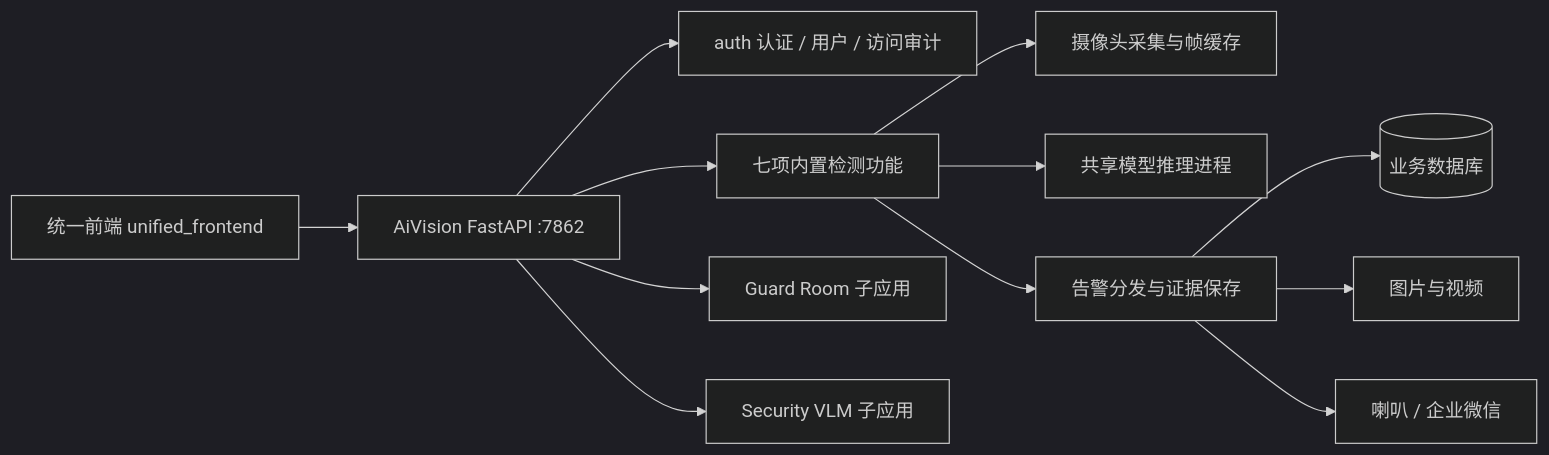
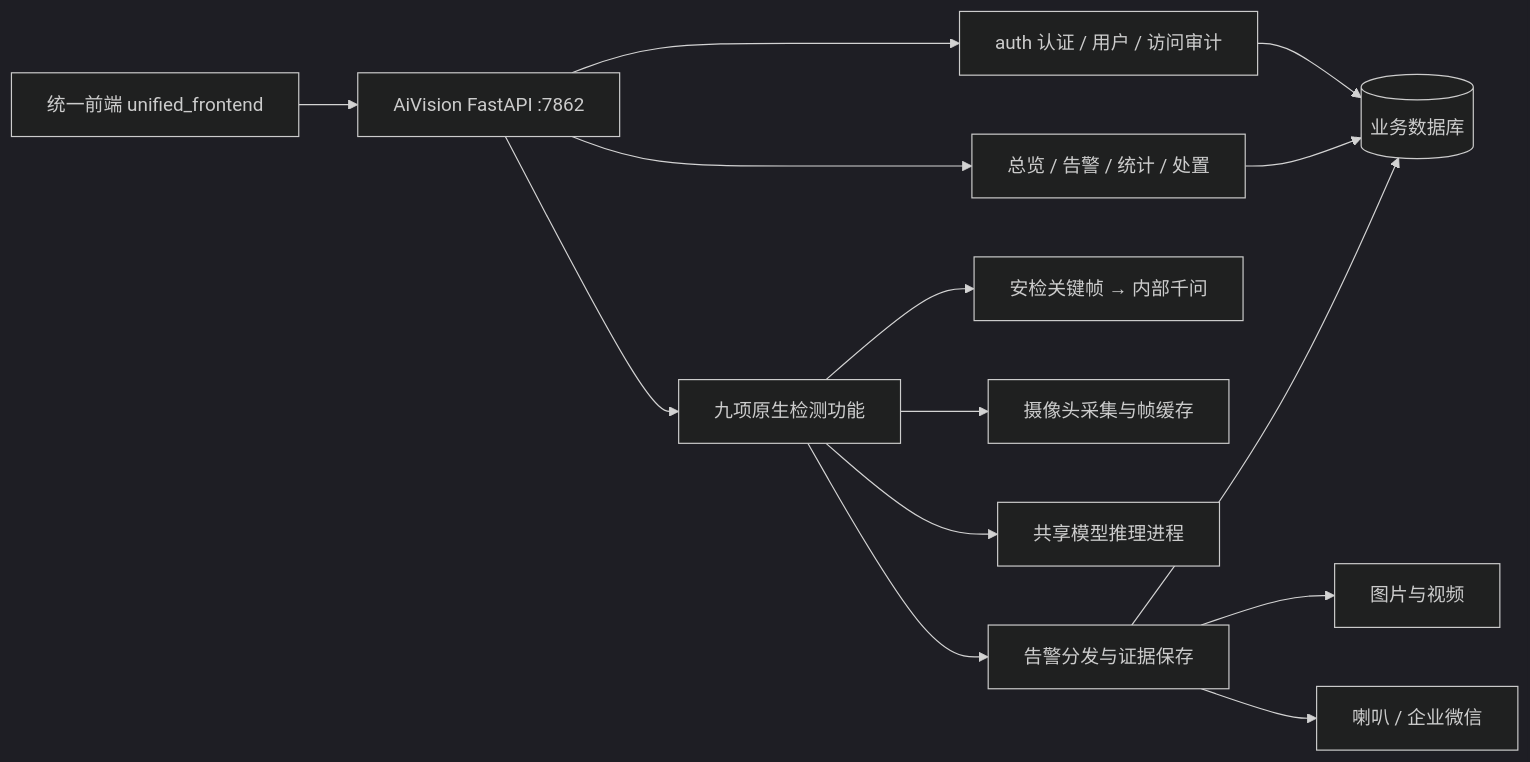
One commit to asmellperson/CVproject1 changed the first of 3 diagrams in AiVision/README.md. Above: the diagram before and after it, drawn with Mermaid (dark theme). The commit also changed other lines of this file and 4 other files, not shown here.

````diff
--- a/AiVision/README.md
+++ b/AiVision/README.md
@@ -29,14 +29,16 @@
 ```mermaid
 flowchart LR
     UI[统一前端 unified_frontend] --> API[AiVision FastAPI :7862]
     API --> Auth[auth 认证 / 用户 / 访问审计]
-    API --> Features[七项内置检测功能]
-    API --> Guard[Guard Room 子应用]
-    API --> Security[Security VLM 子应用]
+    API --> Features[九项原生检测功能]
+    API --> Records[总览 / 告警 / 统计 / 处置]
+    Auth --> DB
+    Records --> DB
+    Features --> Qwen[安检关键帧 → 内部千问]
     Features --> Cameras[摄像头采集与帧缓存]
     Features --> Models[共享模型推理进程]
     Features --> Alarms[告警分发与证据保存]
     Alarms --> DB[(业务数据库)]
     Alarms --> Media[图片与视频]
     Alarms --> Notify[喇叭 / 企业微信]
 ```
````
